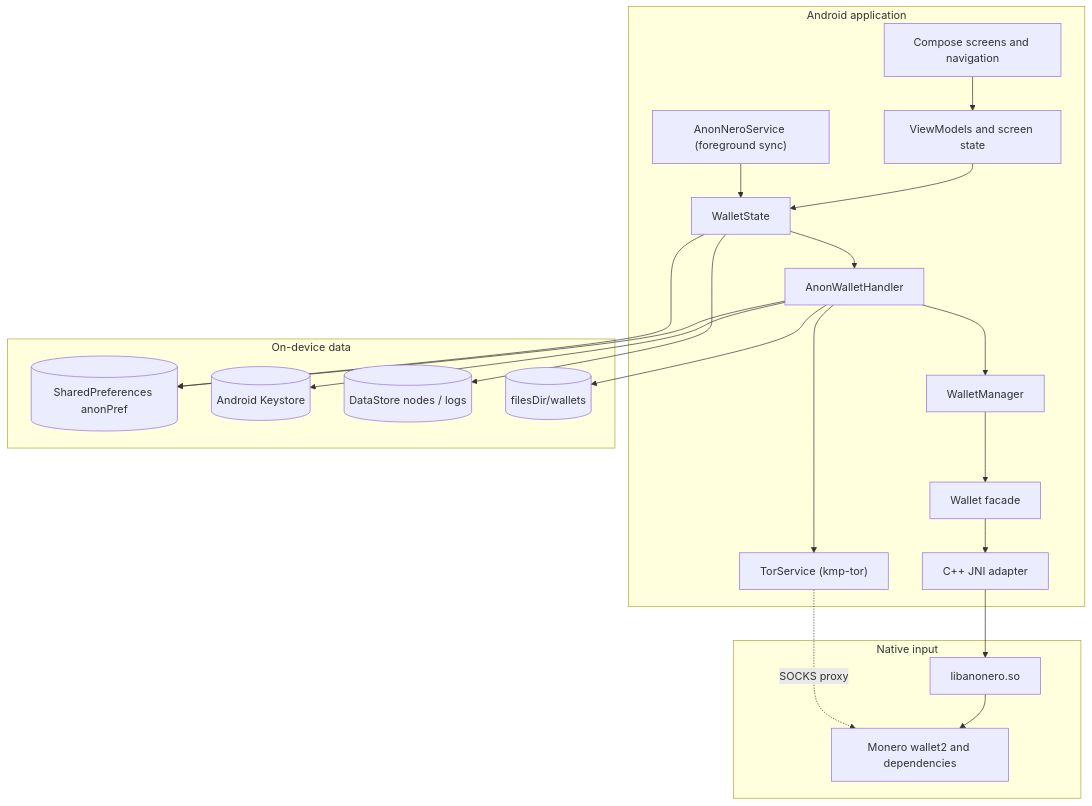
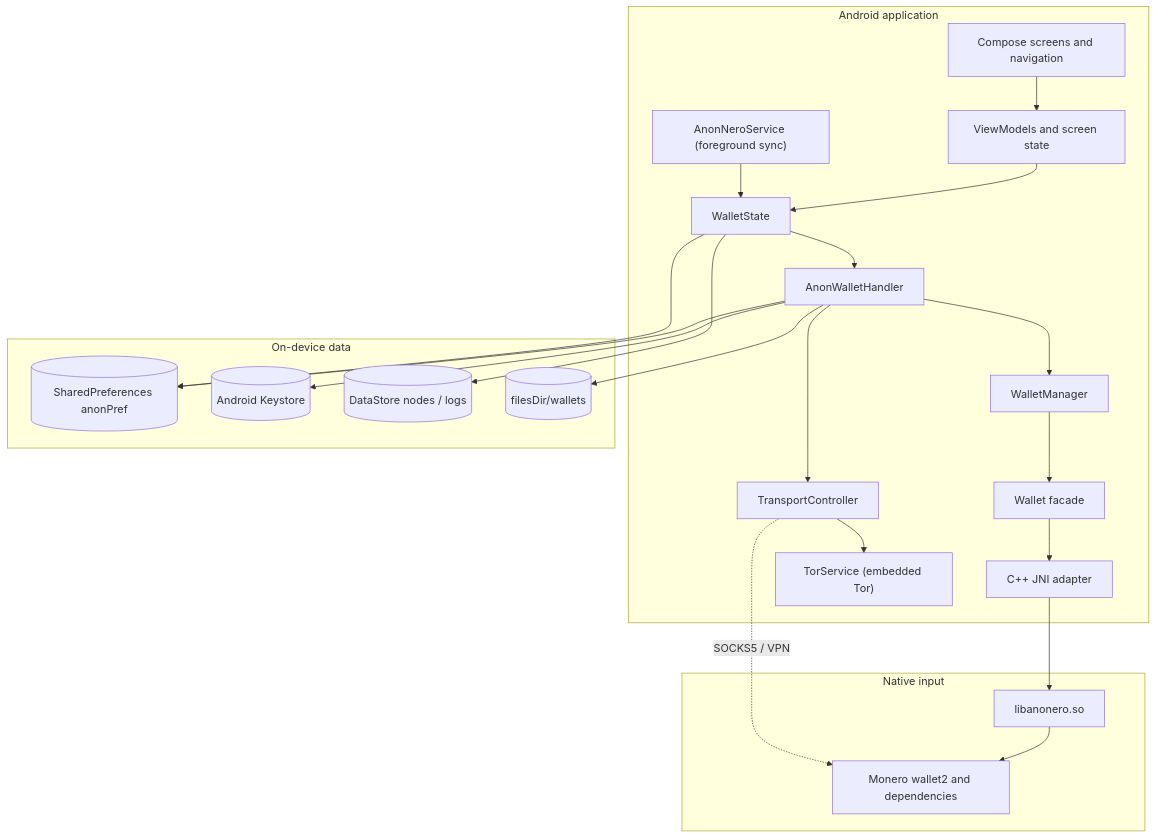
The first of 3 diagrams in docs/architecture/overview.md (daviduhden/ANONERO), drawn with Mermaid before and after one commit. The commit also changed other lines of this file and 18 other files, not shown here.

````diff
--- a/docs/architecture/overview.md
+++ b/docs/architecture/overview.md
@@ -9,43 +9,45 @@
 ```mermaid
 flowchart TB
     subgraph Android["Android application"]
         UI["Compose screens and navigation"]
         VM["ViewModels and screen state"]
         State["WalletState"]
         Handler["AnonWalletHandler"]
         MW["WalletManager"]
         Wallet["Wallet facade"]
         JNI["C++ JNI adapter"]
-        Tor["TorService (kmp-tor)"]
+        Transport["TransportController"]
+        Tor["TorService (embedded Tor)"]
         Svc["AnonNeroService (foreground sync)"]
     end
 
     subgraph Native["Native input"]
         W2["Monero wallet2 and dependencies"]
         Lib["libanonero.so"]
     end
 
     subgraph Data["On-device data"]
         Pref[("SharedPreferences anonPref")]
         KS[("Android Keystore")]
         DS[("DataStore nodes / logs")]
         Files[("filesDir/wallets")]
     end
 
     UI --> VM
     VM --> State
     State --> Handler
     Handler --> MW
     MW --> Wallet
     Wallet --> JNI
     JNI --> Lib
     Lib --> W2
-    Tor -. "SOCKS proxy" .-> W2
+    Transport -. "SOCKS5 / VPN" .-> W2
     Svc --> State
-    Handler --> Tor
+    Handler --> Transport
+    Transport --> Tor
     Handler --> Pref
     Handler --> KS
     State --> Pref
     State --> DS
     Handler --> Files
 ```
````
